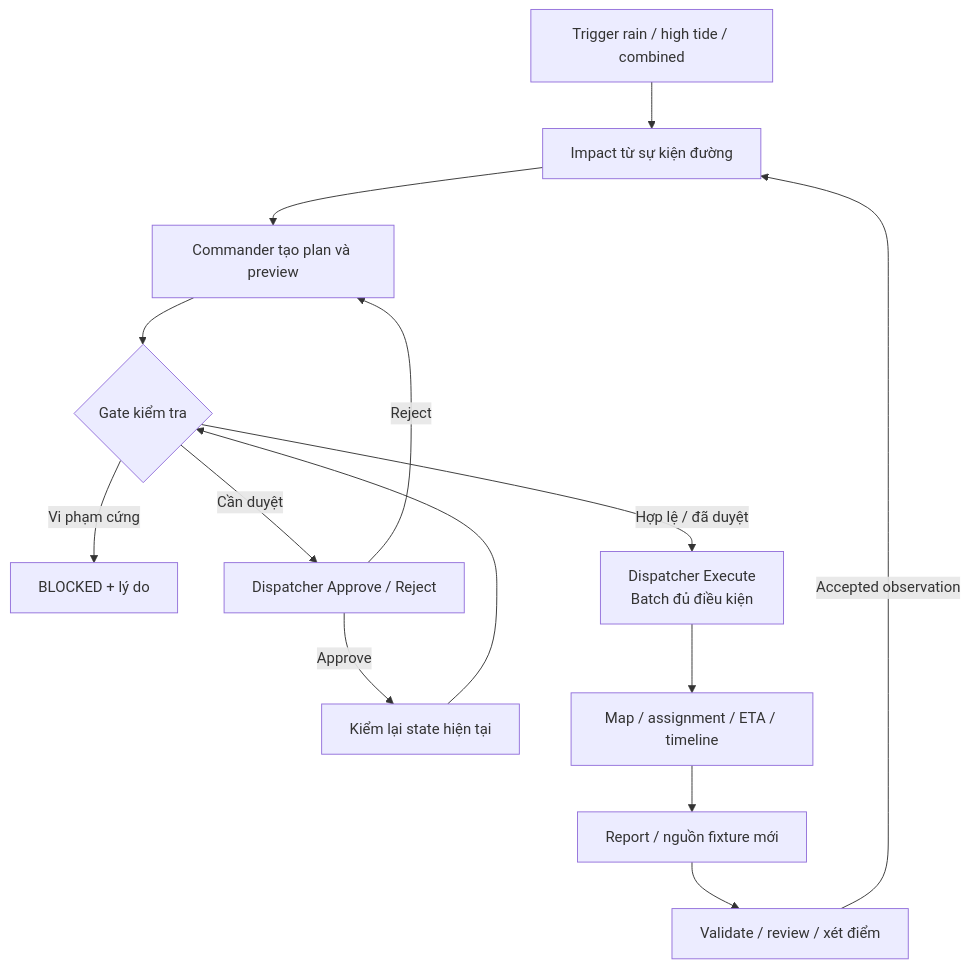
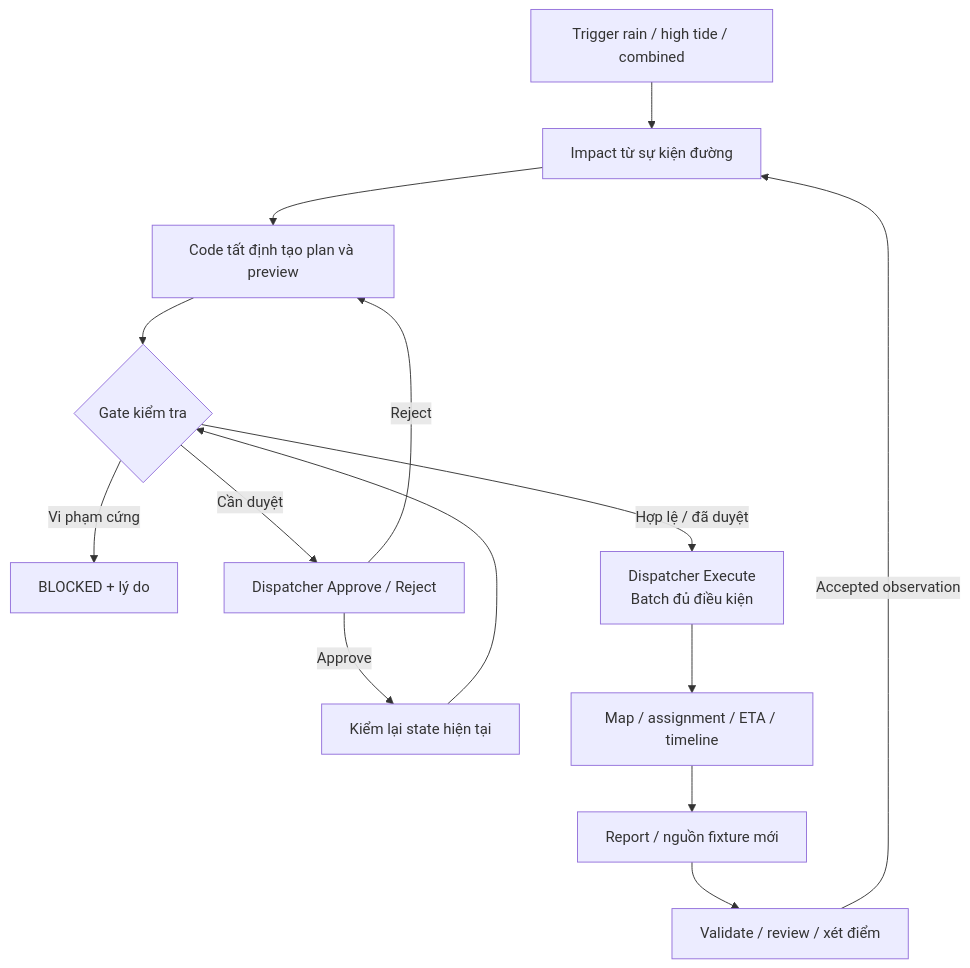
The third of 10 diagrams in FloodOps/prd.md (mncuchiinhuttt/floodops-application), drawn with Mermaid before and after one commit. The commit also changed other lines of this file and 16 other files, not shown here.

````diff
--- a/FloodOps/prd.md
+++ b/FloodOps/prd.md
@@ -170,16 +208,16 @@
 ```mermaid
 flowchart TD
     E["Trigger rain / high tide / combined"] --> I["Impact từ sự kiện đường"]
-    I --> P["Commander tạo plan và preview"]
+    I --> P["Code tất định tạo plan và preview"]
     P --> G{"Gate kiểm tra"}
     G -->|Vi phạm cứng| B["BLOCKED + lý do"]
     G -->|Cần duyệt| A["Dispatcher Approve / Reject"]
     G -->|Hợp lệ / đã duyệt| X["Dispatcher Execute<br/>Batch đủ điều kiện"]
     A -->|Approve| RE["Kiểm lại state hiện tại"]
     RE --> G
     A -->|Reject| P
     X --> U["Map / assignment / ETA / timeline"]
     U --> R["Report / nguồn fixture mới"]
     R --> V["Validate / review / xét điểm"]
     V -->|Accepted observation| I
 ```
````
